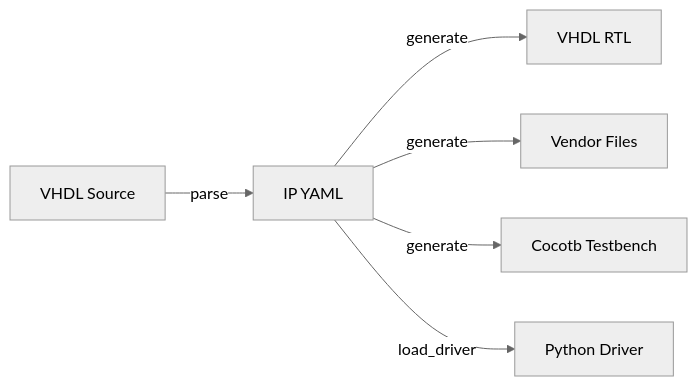
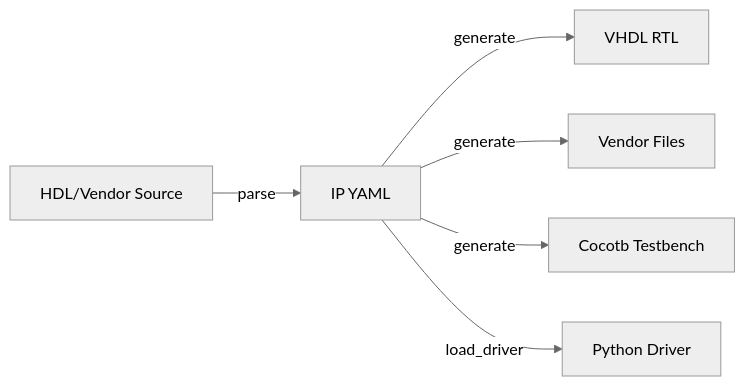
One commit to bleviet/ipcraft changed the diagram in docs/index.md. Above: the diagram before and after it, drawn with Mermaid (neutral theme). The commit also changed other lines of this file and 9 other files, not shown here.

````diff
--- a/docs/index.md
+++ b/docs/index.md
@@ -33,8 +34,8 @@
 ```mermaid
 graph LR
-    VHDL["VHDL Source"] -->|parse| YAML["IP YAML"]
+    HDL["HDL/Vendor Source"] -->|parse| YAML["IP YAML"]
     YAML -->|generate| RTL["VHDL RTL"]
     YAML -->|generate| VENDOR["Vendor Files"]
     YAML -->|generate| TB["Cocotb Testbench"]
     YAML -->|load_driver| DRIVER["Python Driver"]
 ```
````
